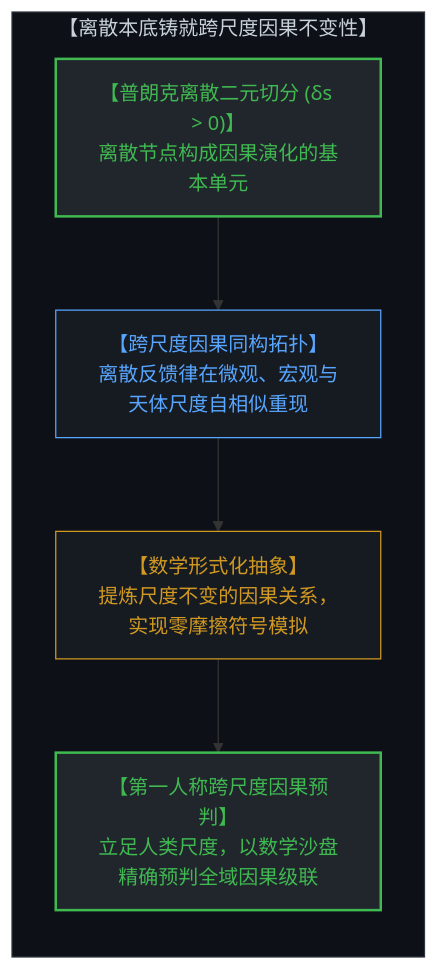
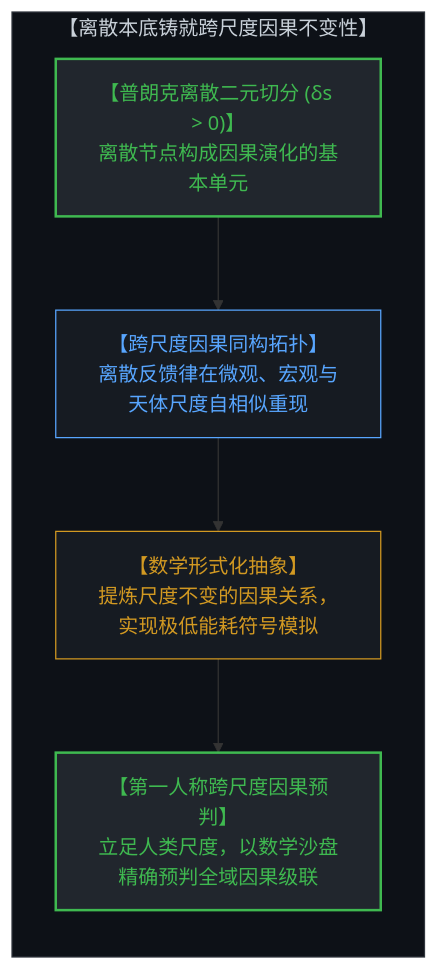
One commit to powerpig99/not-a-toe changed the fifth of 6 diagrams in content/posts/the-illusion-of-the-tool-and-the-inversion-of-time.md. Above: the diagram before and after it, drawn with Mermaid. The commit also changed other lines of this file and 3 other files, not shown here.

````diff
--- a/content/posts/the-illusion-of-the-tool-and-the-inversion-of-time.md
+++ b/content/posts/the-illusion-of-the-tool-and-the-inversion-of-time.md
@@ -240,18 +240,18 @@
 ```mermaid
 graph TD
     subgraph DiscreteInvariance["【离散本底铸就跨尺度因果不变性】"]
         direction TB
         BinaryDistinction["【普朗克离散二元切分 (δs > 0)】<br>离散节点构成因果演化的基本单元"]
         ScaleInvariantTopology["【跨尺度因果同构拓扑】<br>离散反馈律在微观、宏观与天体尺度自相似重现"]
-        MathAbstraction["【数学形式化抽象】<br>提炼尺度不变的因果关系，实现零摩擦符号模拟"]
+        MathAbstraction["【数学形式化抽象】<br>提炼尺度不变的因果关系，实现极低能耗符号模拟"]
         FirstPersonPrevision["【第一人称跨尺度因果预判】<br>立足人类尺度，以数学沙盘精确预判全域因果级联"]
         BinaryDistinction --> ScaleInvariantTopology
         ScaleInvariantTopology --> MathAbstraction
         MathAbstraction --> FirstPersonPrevision
     end
     style DiscreteInvariance fill:#0d1117,stroke:#30363d,stroke-width:1px,color:#c9d1d9
     style BinaryDistinction fill:#21262d,stroke:#3fb950,stroke-width:2px,color:#3fb950
     style ScaleInvariantTopology fill:#161b22,stroke:#58a6ff,stroke-width:1px,color:#58a6ff
     style MathAbstraction fill:#161b22,stroke:#d29922,stroke-width:1px,color:#d29922
     style FirstPersonPrevision fill:#21262d,stroke:#3fb950,stroke-width:2px,color:#3fb950
 ```
````
